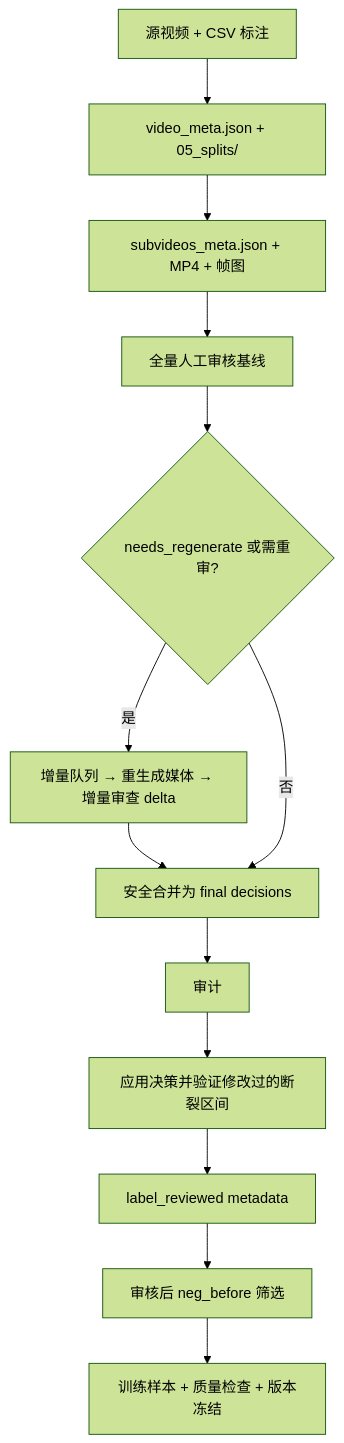
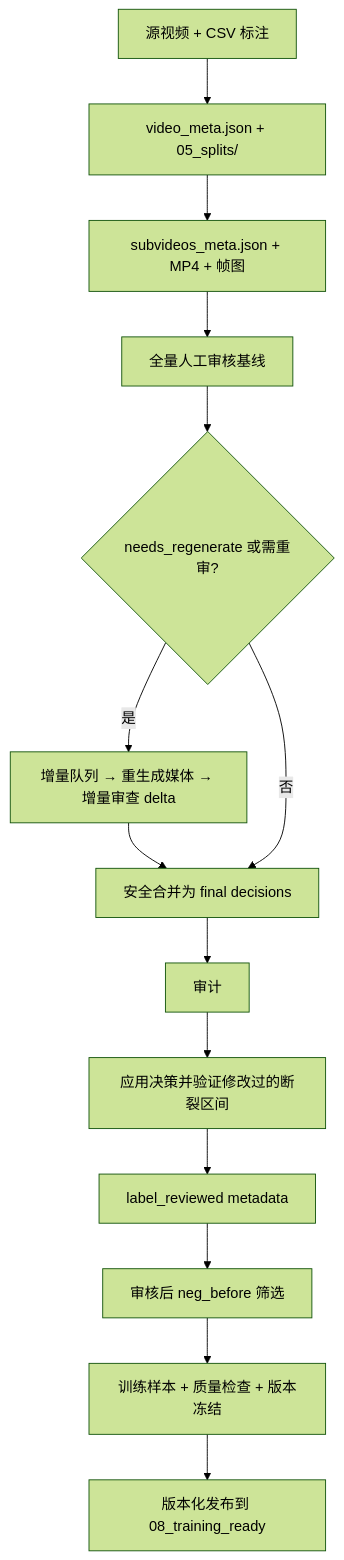
One commit to PcOffeeP/mVllm_2 changed the diagram in docs/DATA_PROCESSING_RUNBOOK.md. Above: the diagram before and after it, drawn with Mermaid (forest theme). The commit also changed other lines of this file and 27 other files, not shown here.

````diff
--- a/docs/DATA_PROCESSING_RUNBOOK.md
+++ b/docs/DATA_PROCESSING_RUNBOOK.md
@@ -7,15 +7,16 @@
 ```mermaid
 flowchart TD
   A["源视频 + CSV 标注"] --> B["video_meta.json + 05_splits/"]
   B --> C["subvideos_meta.json + MP4 + 帧图"]
   C --> D["全量人工审核基线"]
   D --> E{"needs_regenerate 或需重审?"}
   E -- "是" --> F["增量队列 → 重生成媒体 → 增量审查 delta"]
   F --> G["安全合并为 final decisions"]
   E -- "否" --> G
   G --> H["审计"]
   H --> I["应用决策并验证修改过的断裂区间"]
   I --> J["label_reviewed metadata"]
   J --> K["审核后 neg_before 筛选"]
   K --> L["训练样本 + 质量检查 + 版本冻结"]
+  L --> M["版本化发布到 08_training_ready"]
 ```
````
